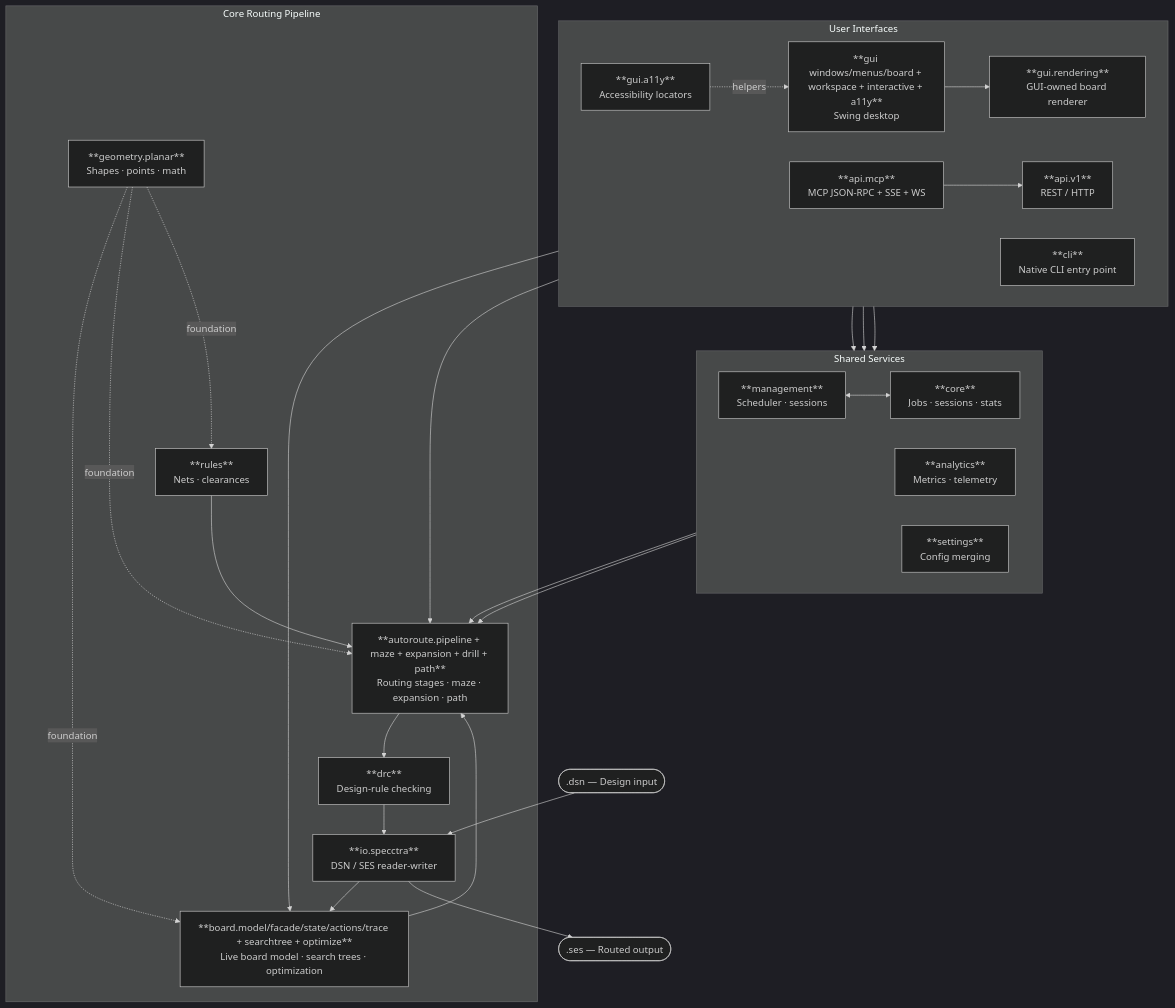
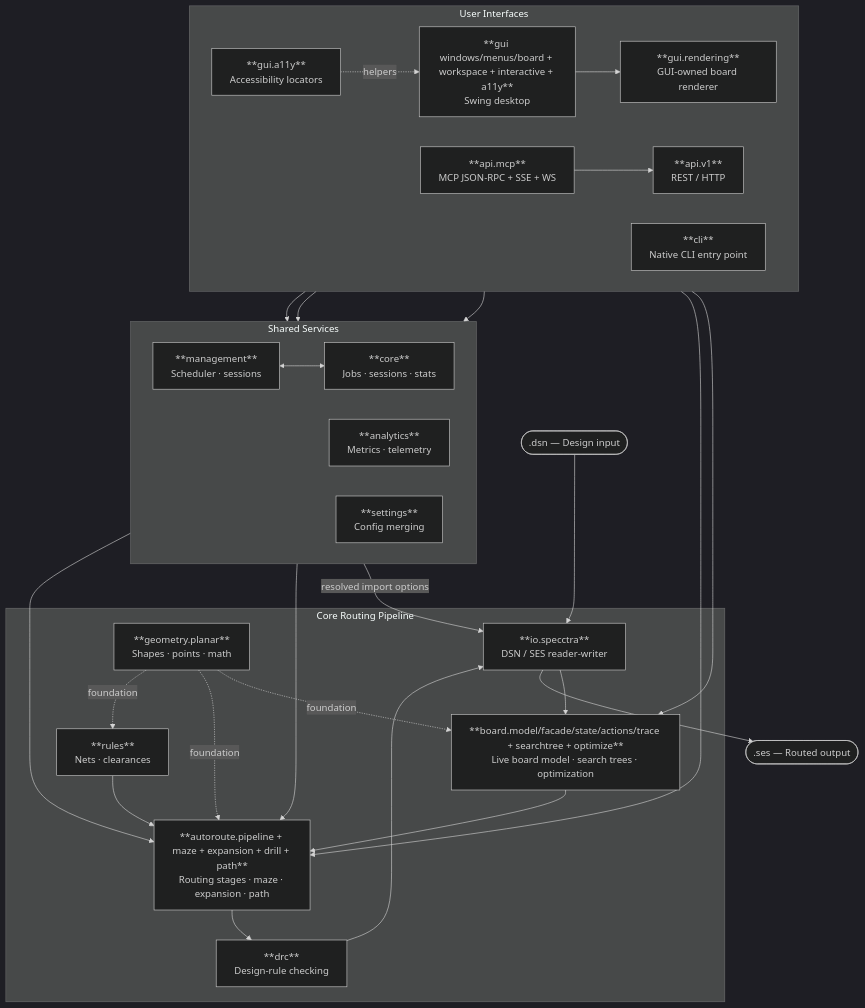
One commit to freerouting/freerouting changed the diagram in docs/architecture.md. Above: the diagram before and after it, drawn with Mermaid (dark theme). The commit also changed other lines of this file and 15 other files, not shown here.

````diff
--- a/docs/architecture.md
+++ b/docs/architecture.md
@@ -16,51 +16,52 @@
 ```mermaid
 flowchart TD
     DSN([".dsn — Design input"])
     SES([".ses — Routed output"])
 
     subgraph interfaces ["User Interfaces"]
         direction LR
         GUI["**gui windows/menus/board + workspace + interactive + a11y**\nSwing desktop"]
         RENDER["**gui.rendering**\nGUI-owned board renderer"]
         A11Y["**gui.a11y**\nAccessibility locators"]
         API["**api.v1**\nREST / HTTP"]
         MCP["**api.mcp**\nMCP JSON-RPC + SSE + WS"]
         CLI["**cli**\nNative CLI entry point"]
     end
 
     subgraph services ["Shared Services"]
         direction LR
         MGMT["**management**\nScheduler · sessions"]
         ANALYTICS["**analytics**\nMetrics · telemetry"]
         CORE["**core**\nJobs · sessions · stats"]
         CFG["**settings**\nConfig merging"]
     end
 
     subgraph pipeline ["Core Routing Pipeline"]
         IO["**io.specctra**\nDSN / SES reader-writer"]
         BOARD["**board.model/facade/state/actions/trace + searchtree + optimize**\nLive board model · search trees · optimization"]
         RULES["**rules**\nNets · clearances"]
         AR["**autoroute.pipeline + maze + expansion + drill + path**\nRouting stages · maze · expansion · path"]
         DRC["**drc**\nDesign-rule checking"]
         GEO["**geometry.planar**\nShapes · points · math"]
     end
 
     DSN --> IO --> BOARD
+    MGMT -->|resolved import options| IO
     RULES --> AR
     BOARD --> AR
     AR --> DRC --> IO --> SES
     GEO -. foundation .-> BOARD
     GEO -. foundation .-> AR
     GEO -. foundation .-> RULES
 
     GUI --> MGMT
     GUI --> RENDER --> BOARD
     RENDER --> AR
     A11Y -. helpers .-> GUI
     API --> MGMT
     MCP --> API
     CLI --> MGMT
     MGMT <--> CORE
     CFG --> AR
     CORE --> AR
 ```
````
